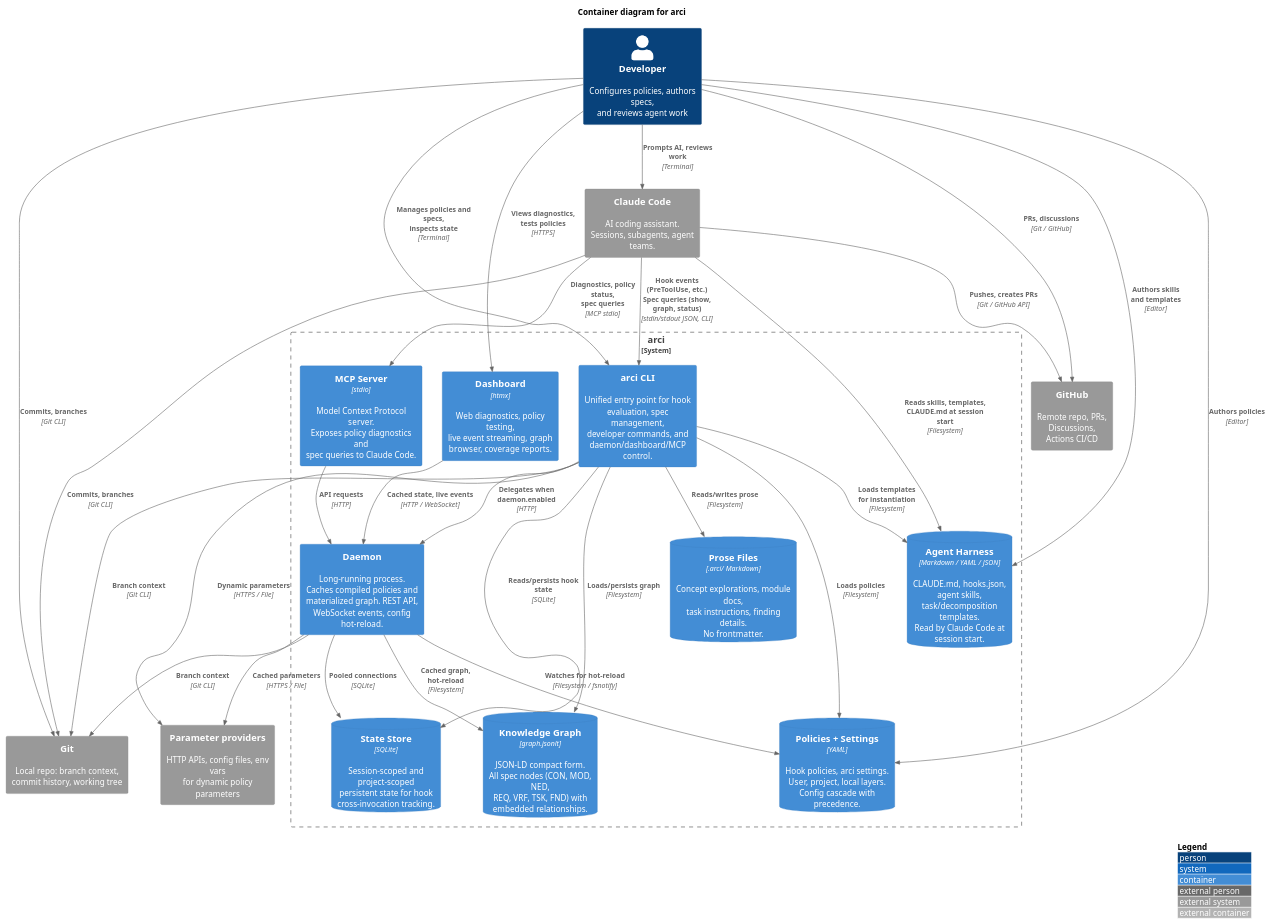
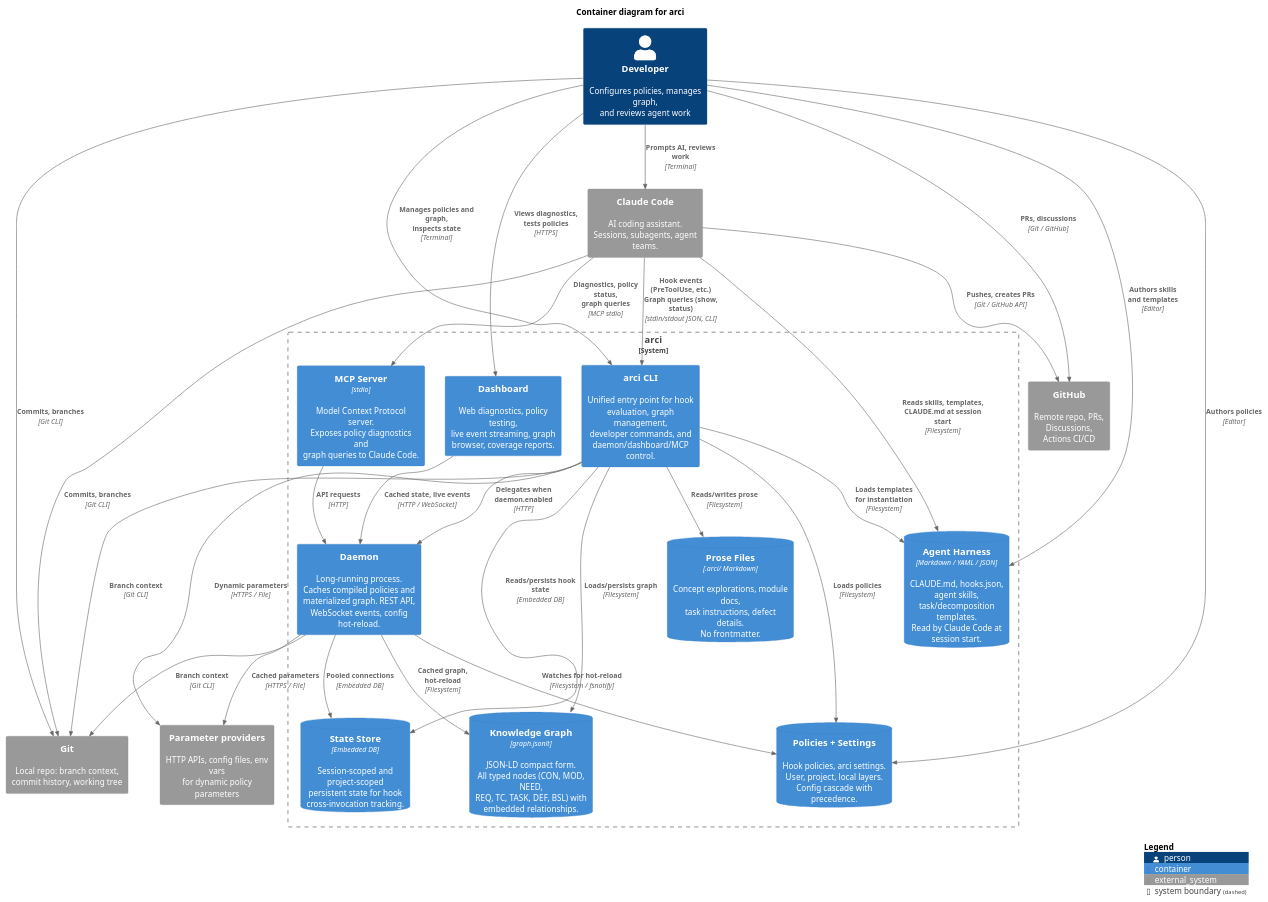
Before and after one commit to krav-sh/krav: the diagram in docs/design/diagrams/arci-c4-container.puml, drawn with PlantUML. The commit also changed 144 other files, not shown here.

```diff
--- a/docs/design/diagrams/arci-c4-container.puml
+++ b/docs/design/diagrams/arci-c4-container.puml
@@ -1,71 +1,71 @@
 @startuml arci-c4-container
 !include <C4/C4_Container>
 
-LAYOUT_WITH_LEGEND()
-
 title Container diagram for arci
 
-Person(developer, "Developer", "Configures policies, authors specs,\nand reviews agent work")
+Person(developer, "Developer", "Configures policies, manages graph,\nand reviews agent work")
 
 System_Ext(claude_code, "Claude Code", "AI coding assistant.\nSessions, subagents, agent teams.")
 System_Ext(git, "Git", "Local repo: branch context,\ncommit history, working tree")
 System_Ext(github, "GitHub", "Remote repo, PRs, Discussions,\nActions CI/CD")
 System_Ext(param_providers, "Parameter providers", "HTTP APIs, config files, env vars\nfor dynamic policy parameters")
 
 System_Boundary(arci, "arci") {
 
-    Container(cli, "arci CLI", "", "Unified entry point for hook\nevaluation, spec management,\ndeveloper commands, and\ndaemon/dashboard/MCP control.")
+    Container(cli, "arci CLI", "", "Unified entry point for hook\nevaluation, graph management,\ndeveloper commands, and\ndaemon/dashboard/MCP control.")
 
     Container(daemon, "Daemon", "", "Long-running process.\nCaches compiled policies and\nmaterialized graph. REST API,\nWebSocket events, config hot-reload.")
 
-    Container(dashboard, "Dashboard", "htmx", "Web diagnostics, policy testing,\nlive event streaming, graph\nbrowser, coverage reports.")
+    Container(dashboard, "Dashboard", "", "Web diagnostics, policy testing,\nlive event streaming, graph\nbrowser, coverage reports.")
 
-    Container(mcp, "MCP Server", "stdio", "Model Context Protocol server.\nExposes policy diagnostics and\nspec queries to Claude Code.")
+    Container(mcp, "MCP Server", "stdio", "Model Context Protocol server.\nExposes policy diagnostics and\ngraph queries to Claude Code.")
 
-    ContainerDb(state_store, "State Store", "SQLite", "Session-scoped and project-scoped\npersistent state for hook\ncross-invocation tracking.")
+    ContainerDb(state_store, "State Store", "Embedded DB", "Session-scoped and project-scoped\npersistent state for hook\ncross-invocation tracking.")
 
-    ContainerDb(graph_db, "Knowledge Graph", "graph.jsonlt", "JSON-LD compact form.\nAll spec nodes (CON, MOD, NED,\nREQ, VRF, TSK, FND) with\nembedded relationships.")
+    ContainerDb(graph_db, "Knowledge Graph", "graph.jsonlt", "JSON-LD compact form.\nAll typed nodes (CON, MOD, NEED,\nREQ, TC, TASK, DEF, BSL) with\nembedded relationships.")
 
-    ContainerDb(prose_files, "Prose Files", ".arci/ Markdown", "Concept explorations, module docs,\ntask instructions, finding details.\nNo frontmatter.")
+    ContainerDb(prose_files, "Prose Files", ".arci/ Markdown", "Concept explorations, module docs,\ntask instructions, defect details.\nNo frontmatter.")
 
-    ContainerDb(policy_config, "Policies + Settings", "YAML", "Hook policies, arci settings.\nUser, project, local layers.\nConfig cascade with precedence.")
+    ContainerDb(policy_config, "Policies + Settings", "", "Hook policies, arci settings.\nUser, project, local layers.\nConfig cascade with precedence.")
 
     ContainerDb(harness_config, "Agent Harness", "Markdown / YAML / JSON", "CLAUDE.md, hooks.json, agent skills,\ntask/decomposition templates.\nRead by Claude Code at session start.")
 }
 
 ' === Developer relationships ===
 Rel(developer, claude_code, "Prompts AI, reviews work", "Terminal")
-Rel(developer, cli, "Manages policies and specs,\ninspects state", "Terminal")
+Rel(developer, cli, "Manages policies and graph,\ninspects state", "Terminal")
 Rel(developer, dashboard, "Views diagnostics,\ntests policies", "HTTPS")
 Rel(developer, policy_config, "Authors policies", "Editor")
 Rel(developer, harness_config, "Authors skills\nand templates", "Editor")
 Rel(developer, git, "Commits, branches", "Git CLI")
 Rel(developer, github, "PRs, discussions", "Git / GitHub")
 
 ' === Claude Code relationships ===
-Rel(claude_code, cli, "Hook events (PreToolUse, etc.)\nSpec queries (show, graph, status)", "stdin/stdout JSON, CLI")
-Rel(claude_code, mcp, "Diagnostics, policy status,\nspec queries", "MCP stdio")
+Rel(claude_code, cli, "Hook events (PreToolUse, etc.)\nGraph queries (show, status)", "stdin/stdout JSON, CLI")
+Rel(claude_code, mcp, "Diagnostics, policy status,\ngraph queries", "MCP stdio")
 Rel(claude_code, harness_config, "Reads skills, templates,\nCLAUDE.md at session start", "Filesystem")
 Rel(claude_code, git, "Commits, branches", "Git CLI")
 Rel(claude_code, github, "Pushes, creates PRs", "Git / GitHub API")
 
 ' === Runtime relationships ===
 Rel(cli, daemon, "Delegates when daemon.enabled", "HTTP")
-Rel(cli, state_store, "Reads/persists hook state", "SQLite")
+Rel(cli, state_store, "Reads/persists hook state", "Embedded DB")
 Rel(cli, graph_db, "Loads/persists graph", "Filesystem")
 Rel(cli, prose_files, "Reads/writes prose", "Filesystem")
 Rel(cli, policy_config, "Loads policies", "Filesystem")
 Rel(cli, harness_config, "Loads templates\nfor instantiation", "Filesystem")
 Rel(cli, git, "Branch context", "Git CLI")
 Rel(cli, param_providers, "Dynamic parameters", "HTTPS / File")
 
-Rel(daemon, state_store, "Pooled connections", "SQLite")
+Rel(daemon, state_store, "Pooled connections", "Embedded DB")
 Rel(daemon, graph_db, "Cached graph, hot-reload", "Filesystem")
 Rel(daemon, policy_config, "Watches for hot-reload", "Filesystem / fsnotify")
 Rel(daemon, param_providers, "Cached parameters", "HTTPS / File")
 Rel(daemon, git, "Branch context", "Git CLI")
 
 Rel(mcp, daemon, "API requests", "HTTP")
 Rel(dashboard, daemon, "Cached state, live events", "HTTP / WebSocket")
 
+SHOW_LEGEND()
+
 @enduml
```
